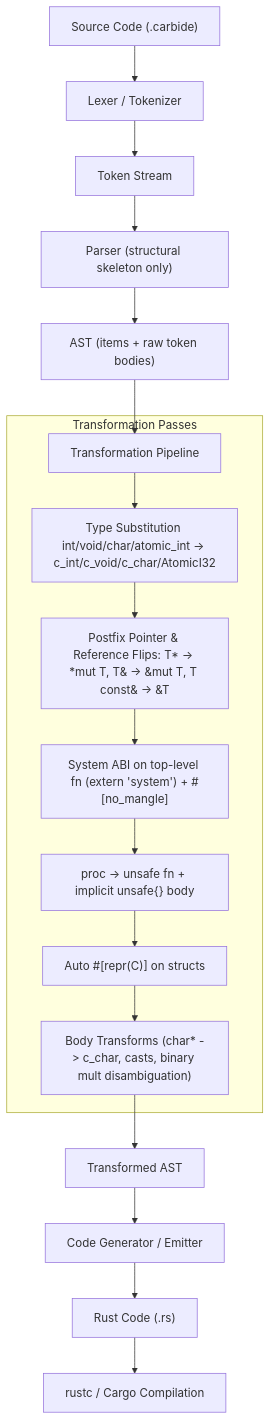
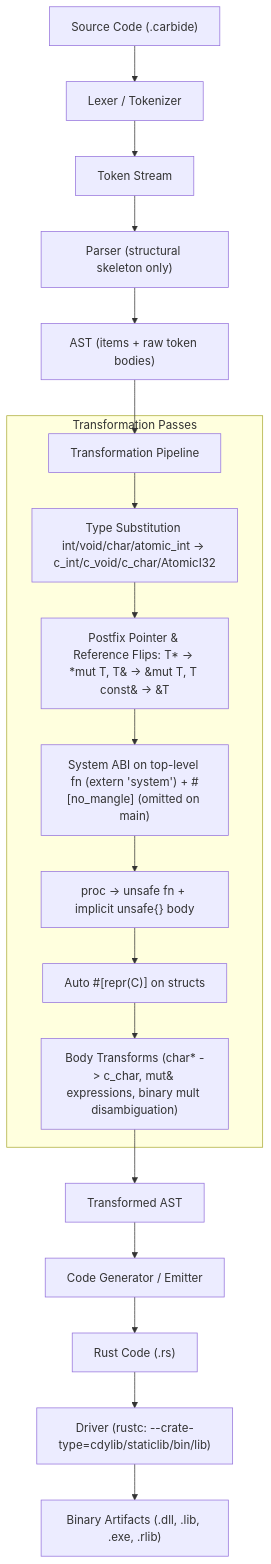
One commit to xyzzyapps/carbide changed the diagram in README.md. Above: the diagram before and after it, drawn with Mermaid. The commit also changed other lines of this file and 7 other files, not shown here.

Commit message:
Add target compilation flags (--dll, --static, --exe, --lib, --crate-type) and binary output destination handling

````diff
--- a/README.md
+++ b/README.md
@@ -13,23 +13,24 @@
 ```mermaid
 graph TD
     Source["Source Code (.carbide)"] --> Lexer[Lexer / Tokenizer]
     Lexer --> Tokens[Token Stream]
     Tokens --> Parser["Parser (structural skeleton only)"]
     Parser --> AST["AST (items + raw token bodies)"]
     AST --> Transform[Transformation Pipeline]
 
     subgraph Transformation Passes
         Transform --> Pass1[Type Substitution int/void/char/atomic_int -> c_int/c_void/c_char/AtomicI32]
         Pass1 --> Pass2["Postfix Pointer & Reference Flips: T* -> *mut T, T& -> &mut T, T const& -> &T"]
-        Pass2 --> Pass3["System ABI on top-level fn (extern 'system') + #[no_mangle]"]
+        Pass2 --> Pass3["System ABI on top-level fn (extern 'system') + #[no_mangle] (omitted on main)"]
         Pass3 --> Pass4["proc -> unsafe fn + implicit unsafe{} body"]
         Pass4 --> Pass5["Auto #[repr(C)] on structs"]
-        Pass5 --> Pass6["Body Transforms (char* -> c_char, casts, binary mult disambiguation)"]
+        Pass5 --> Pass6["Body Transforms (char* -> c_char, mut& expressions, binary mult disambiguation)"]
     end
 
     Pass6 --> TransAST[Transformed AST]
     TransAST --> Emitter[Code Generator / Emitter]
     Emitter --> Output["Rust Code (.rs)"]
 
-    Output --> Driver[rustc / Cargo Compilation]
+    Output --> Driver["Driver (rustc: --crate-type=cdylib/staticlib/bin/lib)"]
+    Driver --> Artifacts["Binary Artifacts (.dll, .lib, .exe, .rlib)"]
 ```
````
